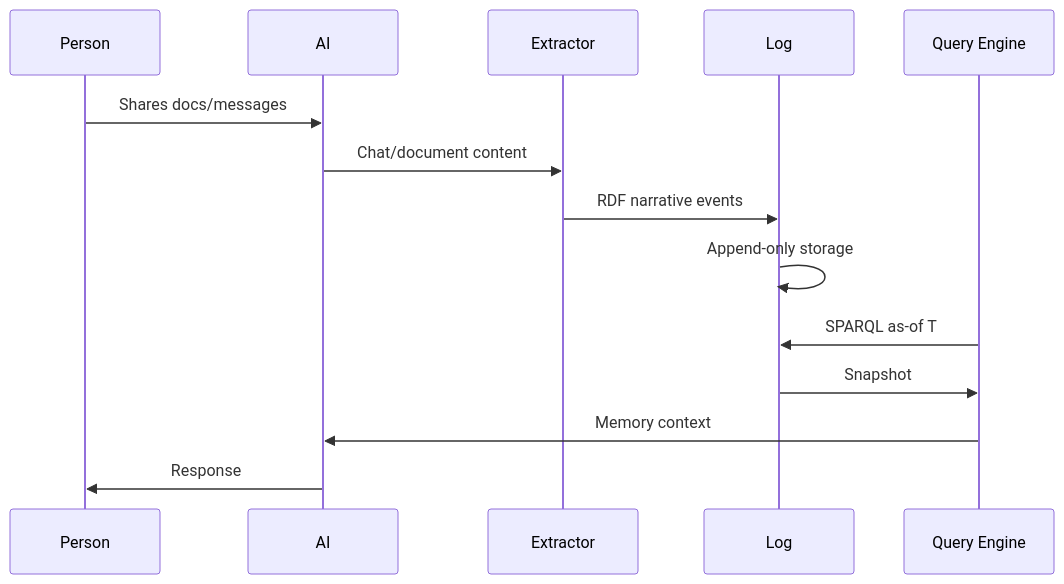
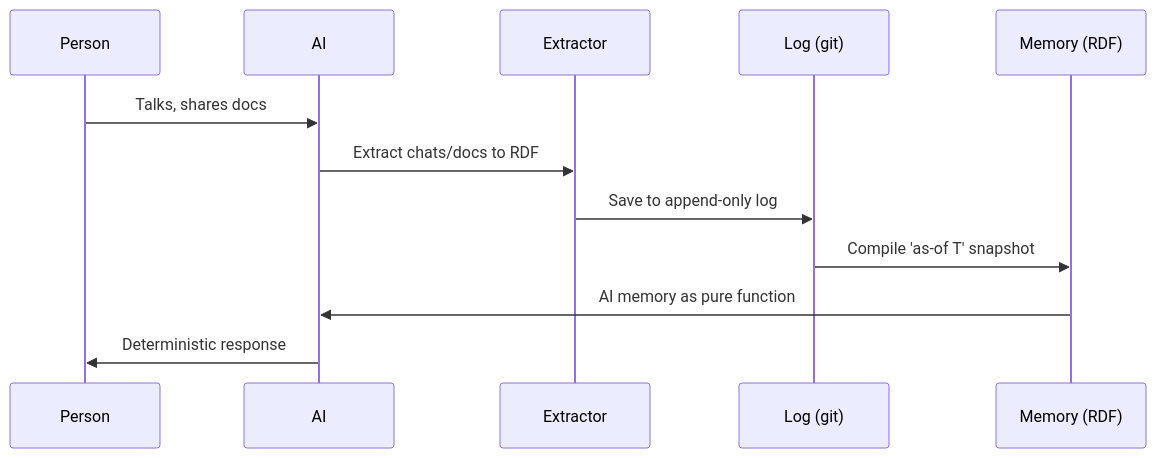
One commit to Synthetic-Identity-Co/conj-talk-2025 changed the third of 7 diagrams in conj-talk-2025.md. Above: the diagram before and after it, drawn with Mermaid. The commit also changed other lines of this file, not shown here.

````diff
--- a/conj-talk-2025.md
+++ b/conj-talk-2025.md
@@ -194,17 +198,15 @@
 ```mermaid
 sequenceDiagram
     participant P as Person
-    participant AI as AI
+    participant A as AI
     participant E as Extractor
-    participant L as Log
-    participant Q as Query Engine
+    participant L as Log (git)
+    participant M as Memory (RDF)
     
-    P->>AI: Shares docs/messages
-    AI->>E: Chat/document content
-    E->>L: RDF narrative events
-    L->>L: Append-only storage
-    Q->>L: SPARQL as-of T
-    L->>Q: Snapshot
-    Q->>AI: Memory context
-    AI->>P: Response
+    P->>A: Talks, shares docs
+    A->>E: Extract chats/docs to RDF
+    E->>L: Save to append-only log
+    L->>M: Compile 'as-of T' snapshot
+    M->>A: AI memory as pure function
+    A->>P: Deterministic response
 ```
````
